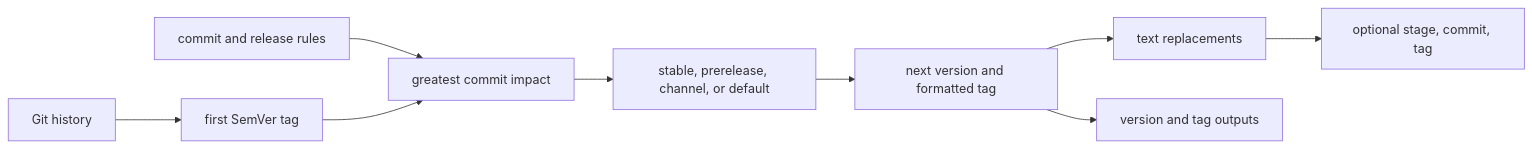
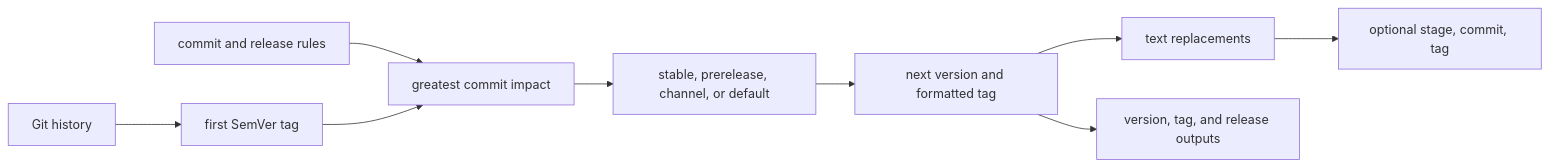
One commit to dukasn/everyinit changed the diagram in docs/reference/actions/50.version-bumper-action.5140.md. Above: the diagram before and after it, drawn with Mermaid. The commit also changed other lines of this file and 34 other files, not shown here.

````diff
--- a/docs/reference/actions/50.version-bumper-action.5140.md
+++ b/docs/reference/actions/50.version-bumper-action.5140.md
@@ -18,11 +18,11 @@
 ```mermaid "Version bumper data flow"
 flowchart LR
     History[Git history] --> Boundary[first SemVer tag]
     Rules[commit and release rules] --> Impact[greatest commit impact]
     Boundary --> Impact
     Impact --> Mode[stable, prerelease, channel, or default]
     Mode --> Version[next version and formatted tag]
     Version --> Files[text replacements]
     Files --> Git[optional stage, commit, tag]
-    Version --> Outputs[version and tag outputs]
+    Version --> Outputs[version, tag, and release outputs]
 ```
````
